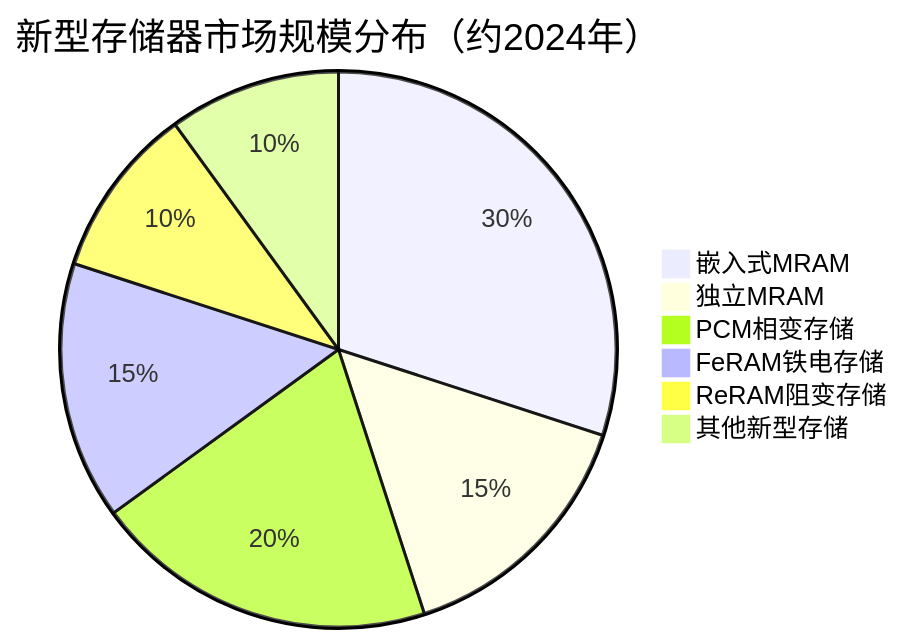
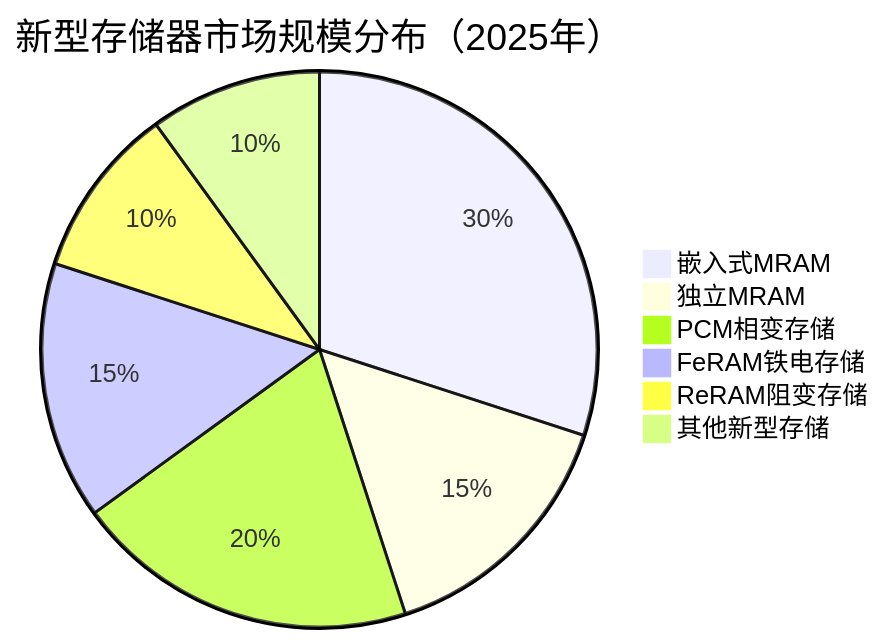
One commit to blueprint1453/industry-insight changed the third of 3 diagrams in 存储产业链/上游/存储专用功能材料.md. Above: the diagram before and after it, drawn with Mermaid. The commit also changed other lines of this file and 78 other files, not shown here.

````diff
--- a/存储产业链/上游/存储专用功能材料.md
+++ b/存储产业链/上游/存储专用功能材料.md
@@ -86,9 +86,9 @@
 ```mermaid
-pie title 新型存储器市场规模分布（约2024年）
+pie title 新型存储器市场规模分布（2025年）
     "嵌入式MRAM" : 30
     "独立MRAM" : 15
     "PCM相变存储" : 20
     "FeRAM铁电存储" : 15
     "ReRAM阻变存储" : 10
     "其他新型存储" : 10
 ```
````
